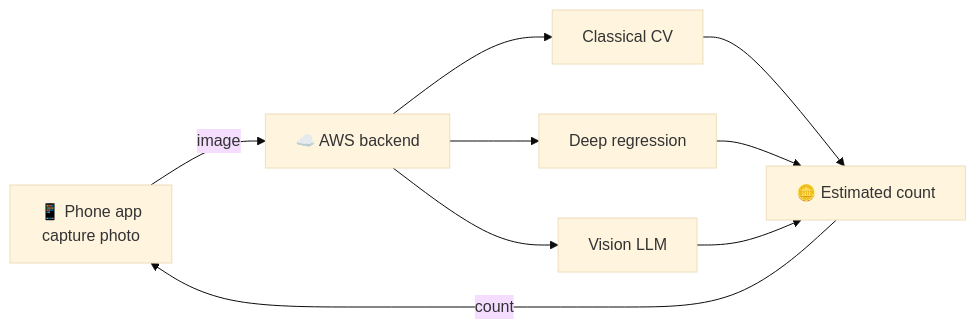
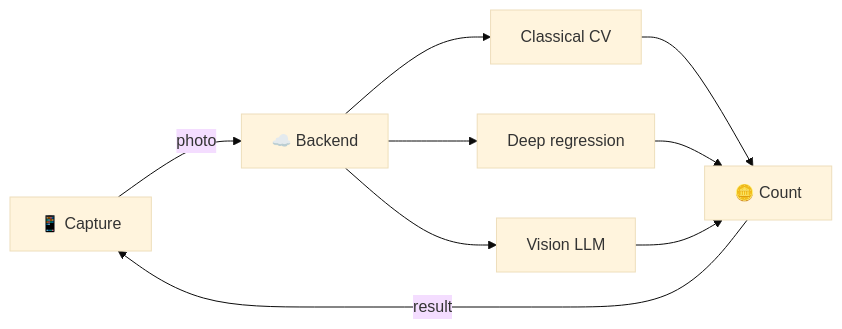
The diagram in README.md (zozaai/CoinCounter), drawn with Mermaid (base theme) before and after one commit. The commit also changed other lines of this file and 4 other files, not shown here.

Commit message:
polish README with sample grid, distribution chart, and rebuild docs

````diff
--- a/README.md
+++ b/README.md
@@ -21,9 +27,9 @@
 ```mermaid
 flowchart LR
-    A["📱 Phone app<br/>capture photo"] -->|image| B["☁️ AWS backend"]
+    A["📱 Capture"] -->|photo| B["☁️ Backend"]
     B --> C["Classical CV"]
     B --> D["Deep regression"]
     B --> E["Vision LLM"]
-    C & D & E --> F["🪙 Estimated count"]
-    F -->|count| A
+    C & D & E --> F["🪙 Count"]
+    F -->|result| A
 ```
````
